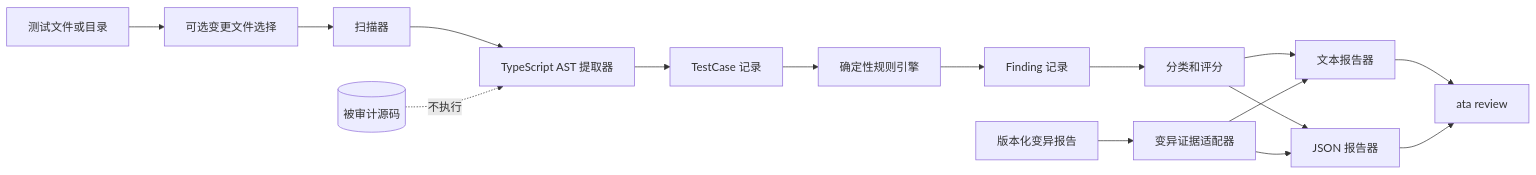
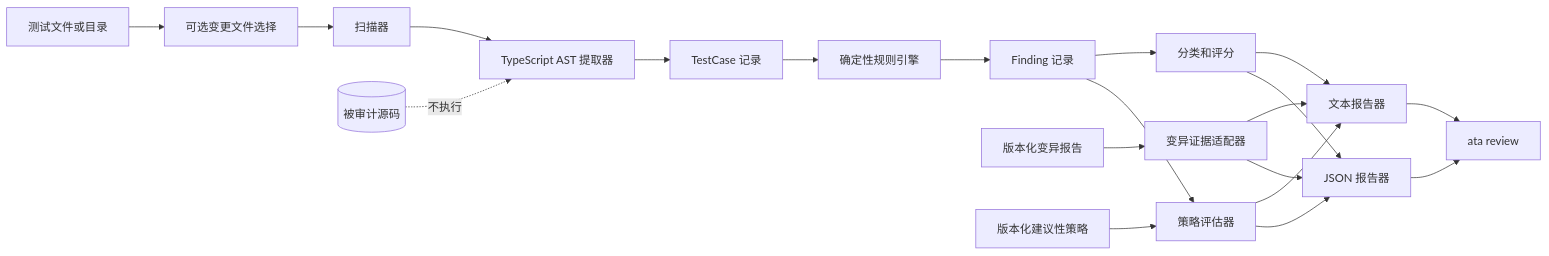
Before and after one commit to AI-Native-QA-Lab/ai-test-auditor: the diagram in docs/zh/architecture.md, drawn with Mermaid. The commit also changed other lines of this file and 32 other files, not shown here.

````diff
--- a/docs/zh/architecture.md
+++ b/docs/zh/architecture.md
@@ -14,18 +14,22 @@
 ```mermaid
 flowchart LR
   Input[测试文件或目录] --> Selection[可选变更文件选择]
   Selection --> Scanner[扫描器]
   Scanner --> Extractor[TypeScript AST 提取器]
   Extractor --> Cases[TestCase 记录]
   Cases --> Rules[确定性规则引擎]
   Rules --> Findings[Finding 记录]
   Findings --> Audit[分类和评分]
   Audit --> Text[文本报告器]
   Audit --> Json[JSON 报告器]
   Mutation[版本化变异报告] --> MutationAdapter[变异证据适配器]
   MutationAdapter --> Text
   MutationAdapter --> Json
+  Policy[版本化建议性策略] --> PolicyAdapter[策略评估器]
+  Findings --> PolicyAdapter
+  PolicyAdapter --> Text
+  PolicyAdapter --> Json
   Text --> CLI[ata review]
   Json --> CLI
   Source[(被审计源码)] -. 不执行 .-> Extractor
 ```
````
